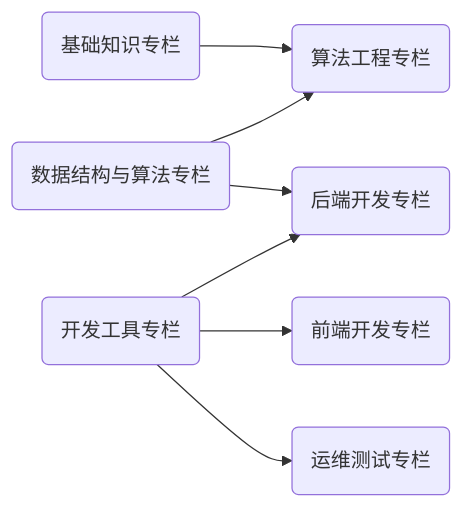
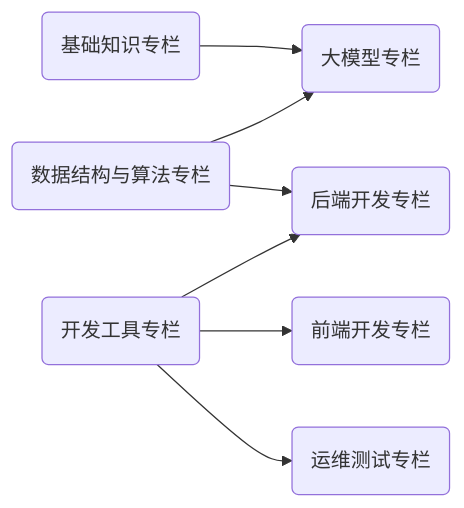
One commit to Explorer-Dong/wiki changed the diagram in README.md. Above: the diagram before and after it, drawn with Mermaid. The commit also changed other lines of this file and 1 other file, not shown here.

````diff
--- a/README.md
+++ b/README.md
@@ -17,16 +17,16 @@
 ```mermaid
 graph LR
     %% 实体定义
     aics_base(基础知识专栏)
     ds_and_algo(数据结构与算法专栏)
-    algo_engineering(算法工程专栏)
+    llm(大模型专栏)
     dev_tools(开发工具专栏)
     front_end(前端开发专栏)
     back_end(后端开发专栏)
     dev_ops(运维测试专栏)
 
     %% 关系定义
-    aics_base --> algo_engineering
-    ds_and_algo --> algo_engineering & back_end
+    aics_base --> llm
+    ds_and_algo --> llm & back_end
     dev_tools --> front_end & back_end & dev_ops
 ```
````
